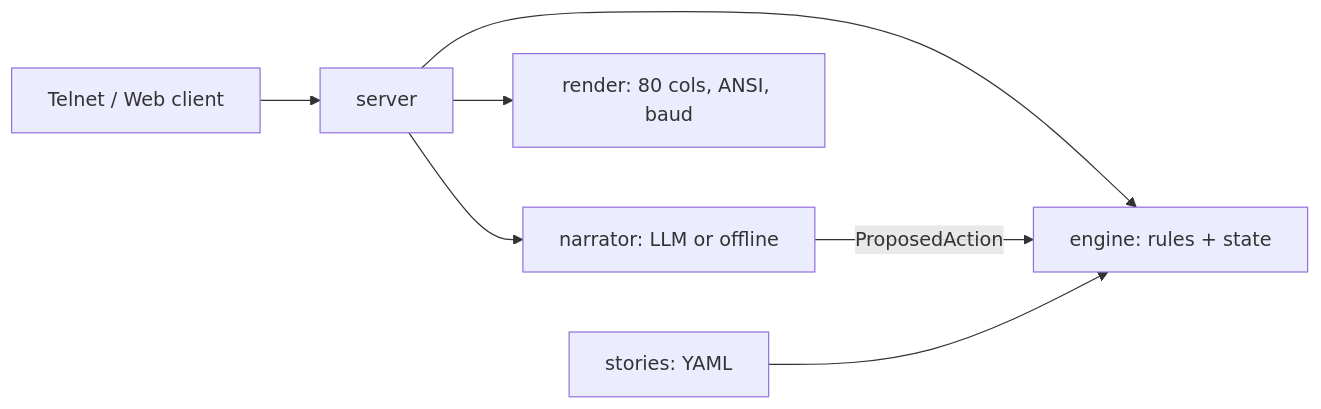
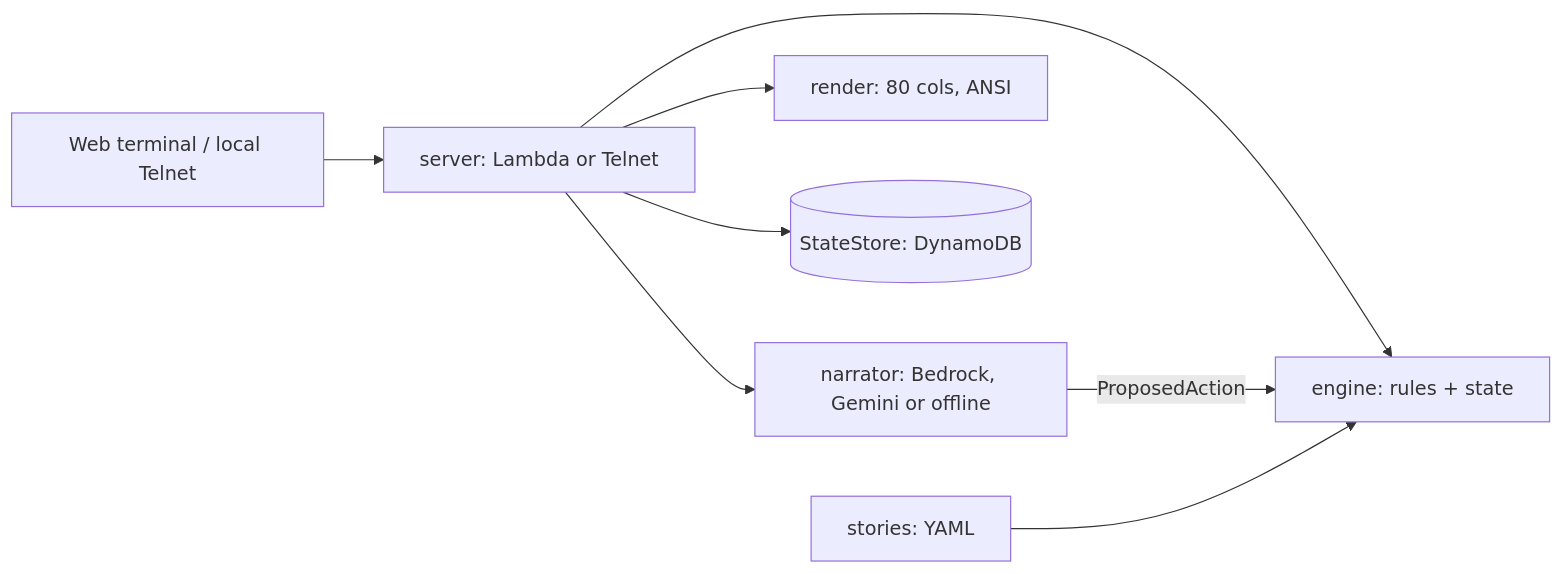
The diagram in README.md (rcruz63/bssmaze), drawn with Mermaid before and after one commit. The commit also changed other lines of this file and 20 other files, not shown here.

First line of the commit message:
docs: pivot deployment to serverless AWS with bedrock and gemini fallback

````diff
--- a/README.md
+++ b/README.md
@@ -37,9 +37,10 @@
 ```mermaid
 flowchart LR
-  Client[Telnet / Web client] --> Server[server]
-  Server --> Narrator[narrator: LLM or offline]
+  Client[Web terminal / local Telnet] --> Server[server: Lambda or Telnet]
+  Server --> Narrator[narrator: Bedrock, Gemini or offline]
   Server --> Engine[engine: rules + state]
-  Server --> Render[render: 80 cols, ANSI, baud]
+  Server --> Render[render: 80 cols, ANSI]
+  Server --> Store[(StateStore: DynamoDB)]
   Narrator -->|ProposedAction| Engine
   Stories[stories: YAML] --> Engine
 ```
````
